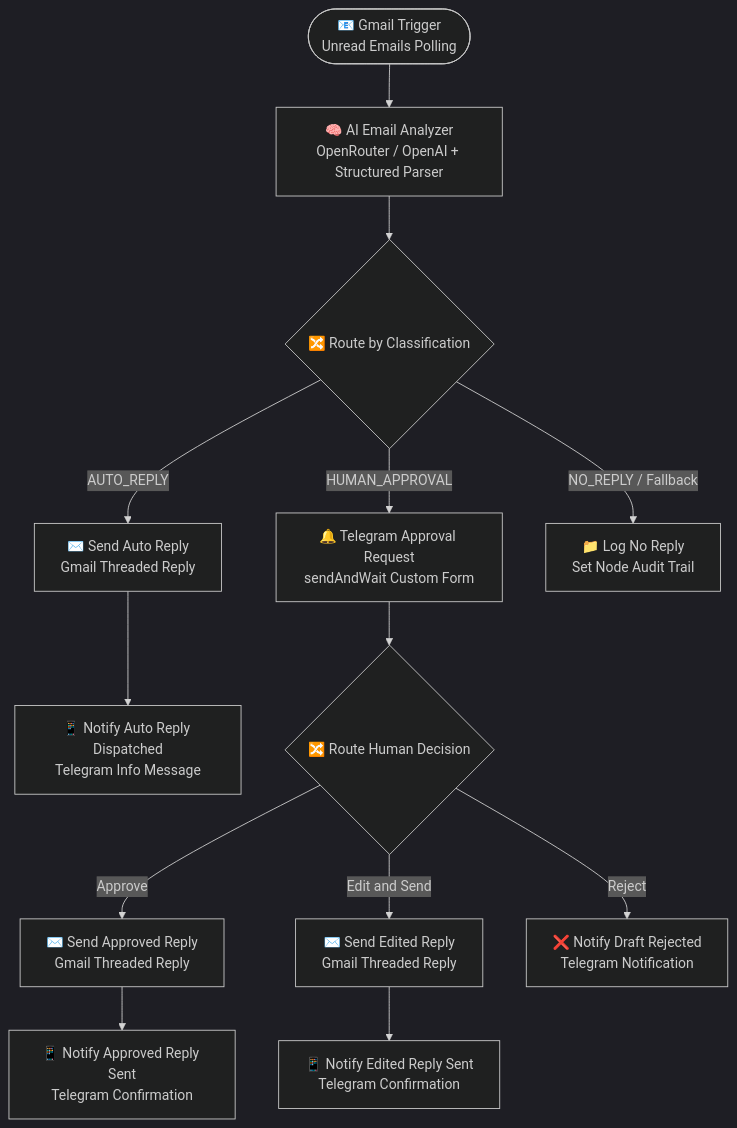
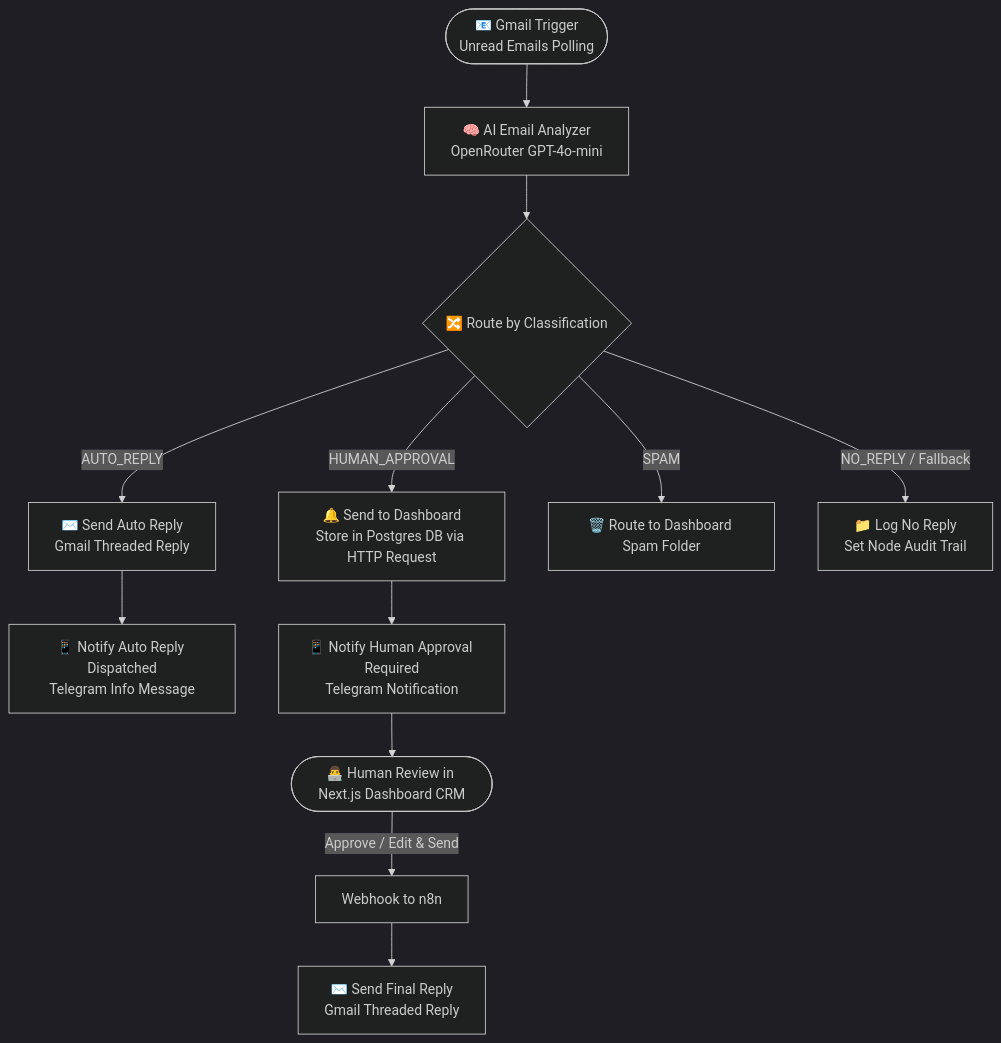
Before and after one commit to shakilahmedatik/n8n-email-automation-ai: the diagram in README.md, drawn with Mermaid (dark theme). The commit also changed other lines of this file and 75 other files, not shown here.

Commit message:
docs: consolidate to single README and add dashboard CRM

````diff
--- a/README.md
+++ b/README.md
@@ -34,21 +23,24 @@
 ```mermaid
 flowchart TD
-    A([📧 Gmail Trigger\nUnread Emails Polling]) --> B[🧠 AI Email Analyzer\nOpenRouter / OpenAI + Structured Parser]
+    A([📧 Gmail Trigger\nUnread Emails Polling]) --> B[🧠 AI Email Analyzer\nOpenRouter GPT-4o-mini]
     B --> C{🔀 Route by Classification}
 
     %% Auto-Reply Branch
     C -->|AUTO_REPLY| D[✉️ Send Auto Reply\nGmail Threaded Reply]
     D --> E[📱 Notify Auto Reply Dispatched\nTelegram Info Message]
 
     %% Human Approval Branch
-    C -->|HUMAN_APPROVAL| F[🔔 Telegram Approval Request\nsendAndWait Custom Form]
-    F --> G{🔀 Route Human Decision}
-    G -->|Approve| H[✉️ Send Approved Reply\nGmail Threaded Reply]
-    H --> I[📱 Notify Approved Reply Sent\nTelegram Confirmation]
-    G -->|Edit and Send| J[✉️ Send Edited Reply\nGmail Threaded Reply]
-    J --> K[📱 Notify Edited Reply Sent\nTelegram Confirmation]
-    G -->|Reject| L[❌ Notify Draft Rejected\nTelegram Notification]
+    C -->|HUMAN_APPROVAL| F[🔔 Send to Dashboard\nStore in Postgres DB via HTTP Request]
+    F --> G[📱 Notify Human Approval Required\nTelegram Notification]
+    
+    %% Dashboard Interaction
+    G --> H([👨‍💻 Human Review in Next.js Dashboard CRM])
+    H -->|Approve / Edit & Send| I[Webhook to n8n]
+    I --> J[✉️ Send Final Reply\nGmail Threaded Reply]
 
+    %% Spam Branch
+    C -->|SPAM| K[🗑️ Route to Dashboard Spam Folder]
+    
     %% No-Reply Branch
     C -->|NO_REPLY / Fallback| M[📁 Log No Reply\nSet Node Audit Trail]
 ```
````
